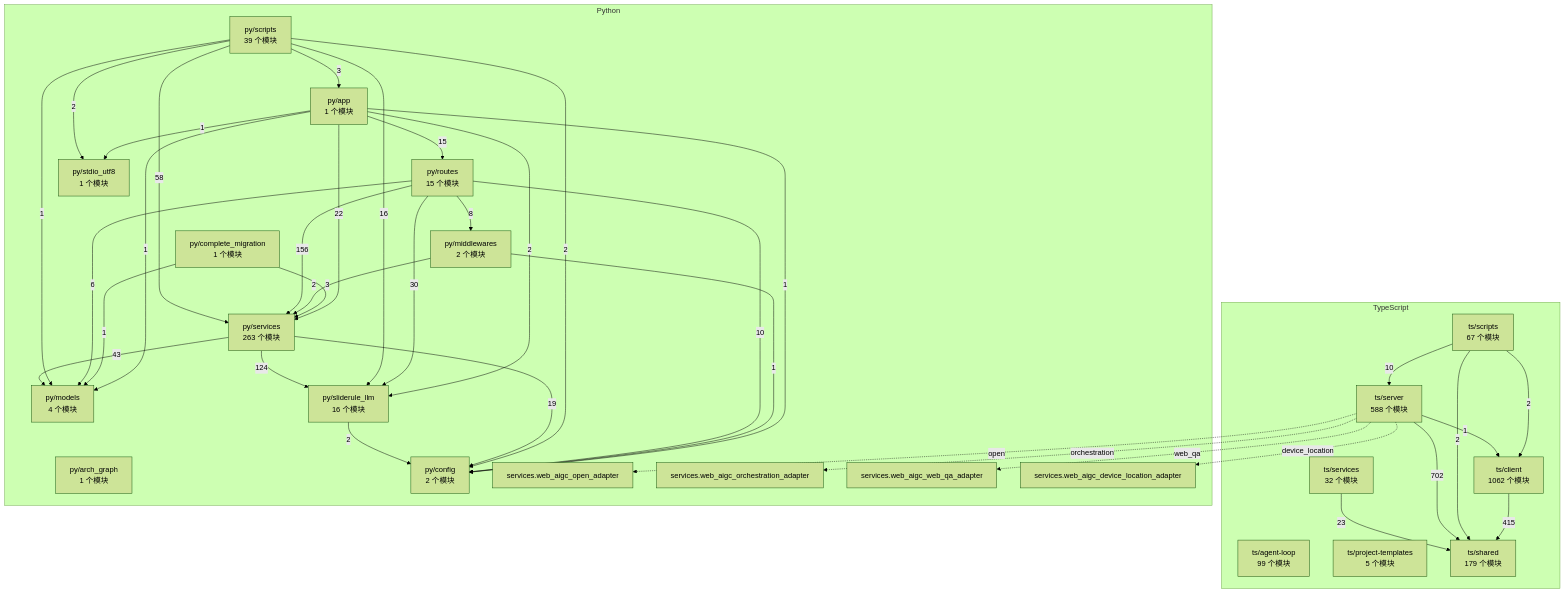
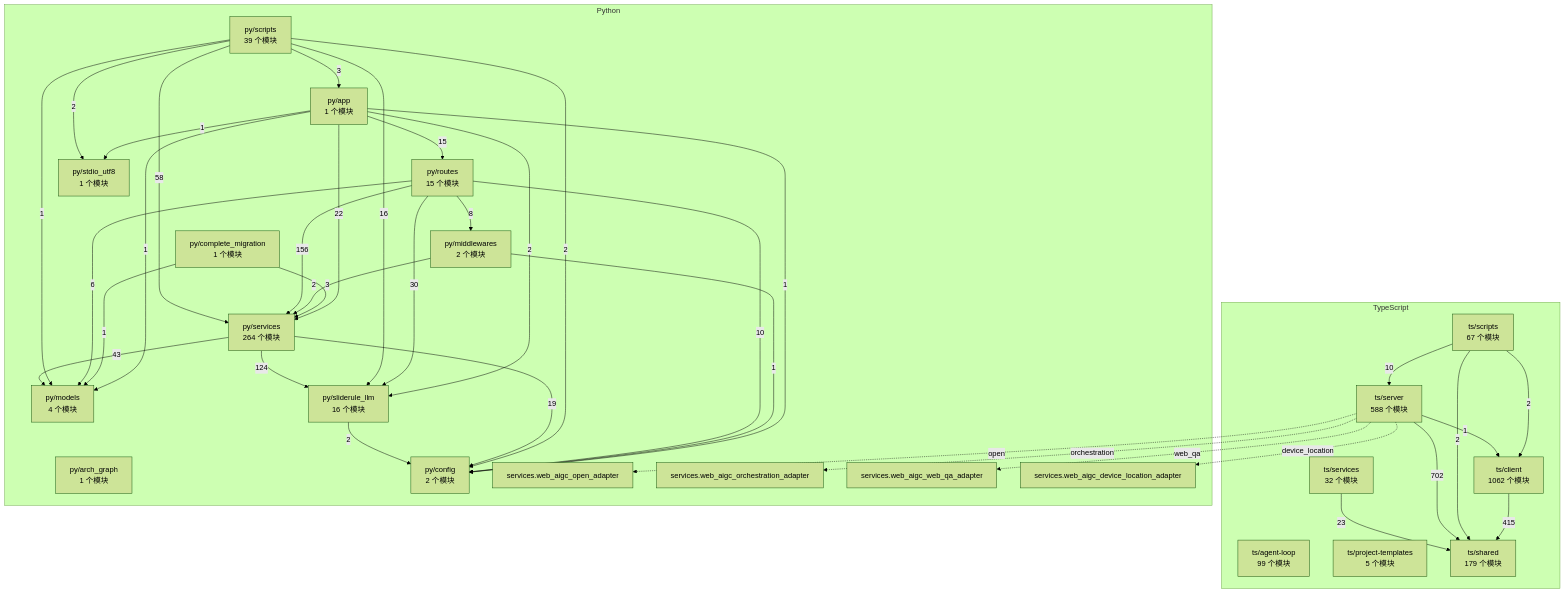
The diagram in docs/WhyBuddy 全仓架构图（自动生成）.md (2686521696/WhyBuddy), drawn with Mermaid (forest theme) before and after one commit. The commit also changed 36 other files, not shown here.

````diff
--- a/docs/WhyBuddy 全仓架构图（自动生成）.md
+++ b/docs/WhyBuddy 全仓架构图（自动生成）.md
@@ -14,65 +14,65 @@
 ```mermaid
 flowchart TB
   subgraph ts [TypeScript]
     ts_agent_loop["ts/agent-loop<br/>99 个模块"]
     ts_client["ts/client<br/>1062 个模块"]
     ts_project_templates["ts/project-templates<br/>5 个模块"]
     ts_scripts["ts/scripts<br/>67 个模块"]
     ts_server["ts/server<br/>588 个模块"]
     ts_services["ts/services<br/>32 个模块"]
     ts_shared["ts/shared<br/>179 个模块"]
   end
   subgraph py [Python]
     py_app["py/app<br/>1 个模块"]
     py_arch_graph["py/arch_graph<br/>1 个模块"]
     py_complete_migration["py/complete_migration<br/>1 个模块"]
     py_config["py/config<br/>2 个模块"]
     py_middlewares["py/middlewares<br/>2 个模块"]
     py_models["py/models<br/>4 个模块"]
     py_routes["py/routes<br/>15 个模块"]
     py_scripts["py/scripts<br/>39 个模块"]
-    py_services["py/services<br/>263 个模块"]
+    py_services["py/services<br/>264 个模块"]
     py_sliderule_llm["py/sliderule_llm<br/>16 个模块"]
     py_stdio_utf8["py/stdio_utf8<br/>1 个模块"]
     py_services_web_aigc_open_adapter["services.web_aigc_open_adapter"]
     py_services_web_aigc_orchestration_adapter["services.web_aigc_orchestration_adapter"]
     py_services_web_aigc_web_qa_adapter["services.web_aigc_web_qa_adapter"]
     py_services_web_aigc_device_location_adapter["services.web_aigc_device_location_adapter"]
   end
   ts_client -->|415| ts_shared
   ts_scripts -->|2| ts_client
   ts_scripts -->|10| ts_server
   ts_scripts -->|2| ts_shared
   ts_server -->|1| ts_client
   ts_server -->|702| ts_shared
   ts_services -->|23| ts_shared
   py_app -->|1| py_config
   py_app -->|1| py_models
   py_app -->|15| py_routes
   py_app -->|22| py_services
   py_app -->|2| py_sliderule_llm
   py_app -->|1| py_stdio_utf8
   py_complete_migration -->|1| py_models
   py_complete_migration -->|3| py_services
   py_middlewares -->|1| py_config
   py_middlewares -->|2| py_services
   py_routes -->|10| py_config
   py_routes -->|8| py_middlewares
   py_routes -->|6| py_models
   py_routes -->|156| py_services
   py_routes -->|30| py_sliderule_llm
   py_scripts -->|3| py_app
   py_scripts -->|2| py_config
   py_scripts -->|1| py_models
   py_scripts -->|58| py_services
   py_scripts -->|16| py_sliderule_llm
   py_scripts -->|2| py_stdio_utf8
   py_services -->|19| py_config
   py_services -->|43| py_models
   py_services -->|124| py_sliderule_llm
   py_sliderule_llm -->|2| py_config
   ts_server -.->|open| py_services_web_aigc_open_adapter
   ts_server -.->|orchestration| py_services_web_aigc_orchestration_adapter
   ts_server -.->|web_qa| py_services_web_aigc_web_qa_adapter
   ts_server -.->|device_location| py_services_web_aigc_device_location_adapter
 ```
````
